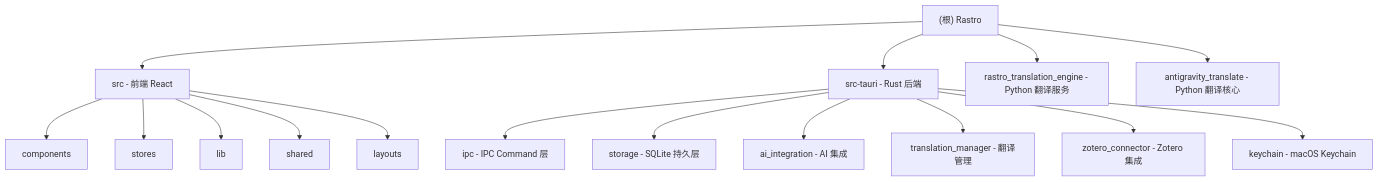
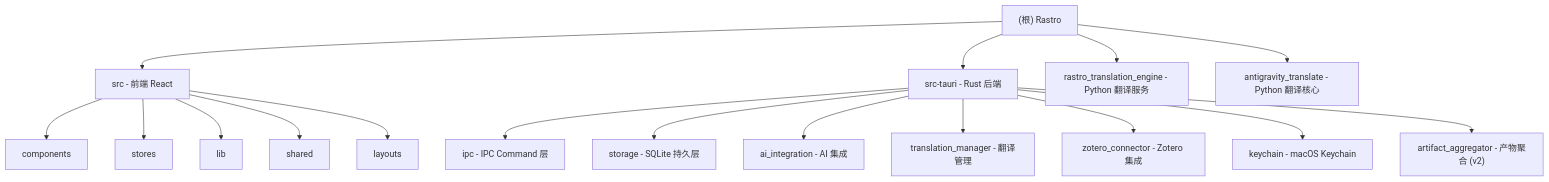
One commit to xkkabishou/rastro changed the diagram in CLAUDE.md. Above: the diagram before and after it, drawn with Mermaid. The commit also changed other lines of this file and 26 other files, not shown here.

````diff
--- a/CLAUDE.md
+++ b/CLAUDE.md
@@ -29,25 +29,26 @@
 ```mermaid
 graph TD
     A["(根) Rastro"] --> B["src - 前端 React"];
     A --> C["src-tauri - Rust 后端"];
     A --> D["rastro_translation_engine - Python 翻译服务"];
     A --> E["antigravity_translate - Python 翻译核心"];
 
     B --> B1["components"];
     B --> B2["stores"];
     B --> B3["lib"];
     B --> B4["shared"];
     B --> B5["layouts"];
 
     C --> C1["ipc - IPC Command 层"];
     C --> C2["storage - SQLite 持久层"];
     C --> C3["ai_integration - AI 集成"];
     C --> C4["translation_manager - 翻译管理"];
     C --> C5["zotero_connector - Zotero 集成"];
     C --> C6["keychain - macOS Keychain"];
+    C --> C7["artifact_aggregator - 产物聚合 (v2)"];
 
     click B "./src/CLAUDE.md" "查看前端模块文档"
     click C "./src-tauri/CLAUDE.md" "查看 Rust 后端模块文档"
     click D "./rastro_translation_engine/CLAUDE.md" "查看翻译服务模块文档"
     click E "./antigravity_translate/CLAUDE.md" "查看翻译核心模块文档"
 ```
````
